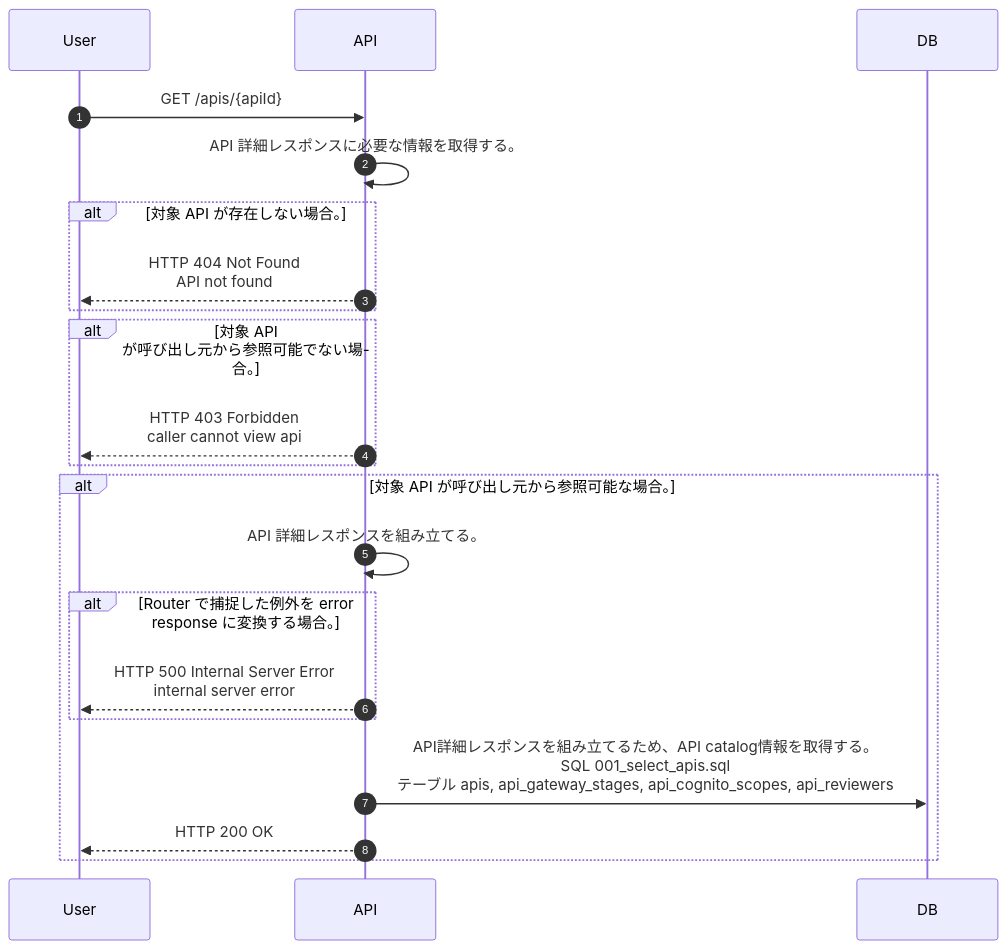
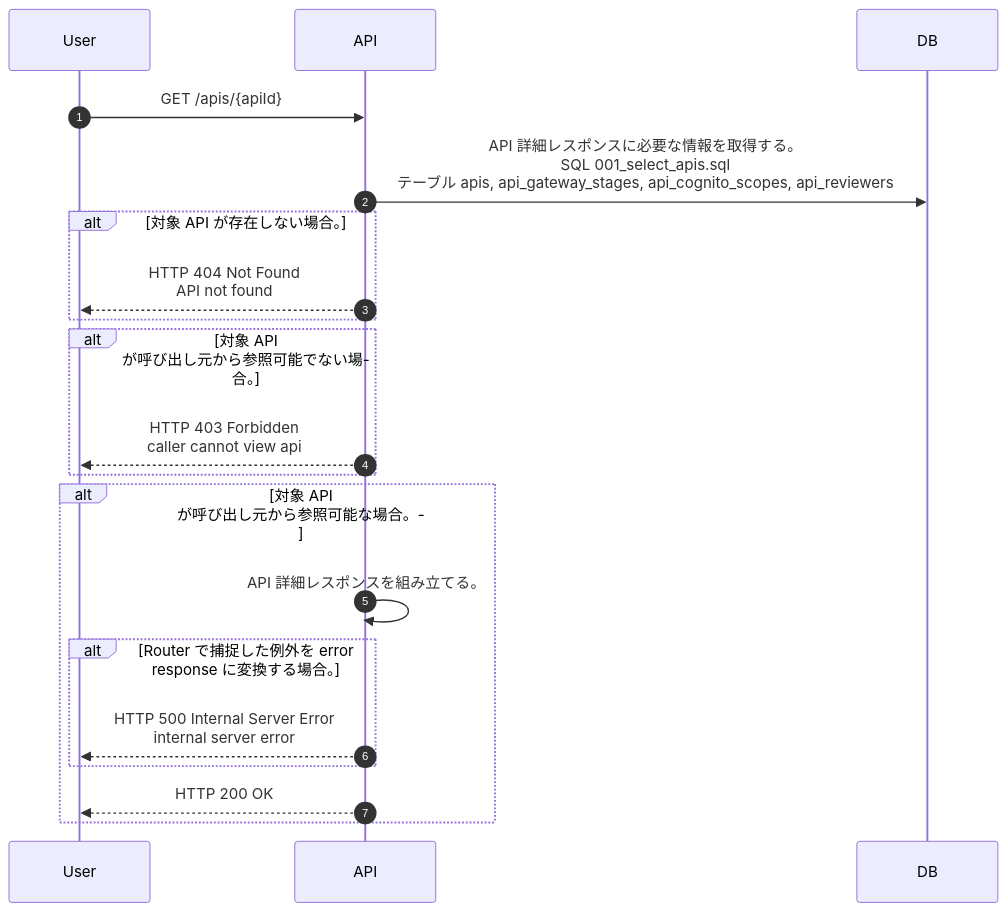
The diagram in docs/spec/40.apis/apis/get_api/sequence_gen.md (tsuji-tomonori/lazunex), drawn with Mermaid before and after one commit. The commit also changed 14 other files, not shown here.

````diff
--- a/docs/spec/40.apis/apis/get_api/sequence_gen.md
+++ b/docs/spec/40.apis/apis/get_api/sequence_gen.md
@@ -5,23 +5,22 @@
 ```mermaid
 sequenceDiagram
   autonumber
   participant User as User
   participant API as API
   participant DB as DB
   User->>API: GET /apis/{apiId}
-  API->>API: API 詳細レスポンスに必要な情報を取得する。
+  API->>DB: API 詳細レスポンスに必要な情報を取得する。<br/>SQL 001_select_apis.sql<br/>テーブル apis, api_gateway_stages, api_cognito_scopes, api_reviewers
   alt 対象 API が存在しない場合。
     API-->>User: HTTP 404 Not Found<br/>API not found
   end
   alt 対象 API が呼び出し元から参照可能でない場合。
     API-->>User: HTTP 403 Forbidden<br/>caller cannot view api
   end
   alt 対象 API が呼び出し元から参照可能な場合。
     API->>API: API 詳細レスポンスを組み立てる。
     alt Router で捕捉した例外を error response に変換する場合。
       API-->>User: HTTP 500 Internal Server Error<br/>internal server error
     end
-    API->>DB: API詳細レスポンスを組み立てるため、API catalog情報を取得する。<br/>SQL 001_select_apis.sql<br/>テーブル apis, api_gateway_stages, api_cognito_scopes, api_reviewers
     API-->>User: HTTP 200 OK
   end
 ```
````
